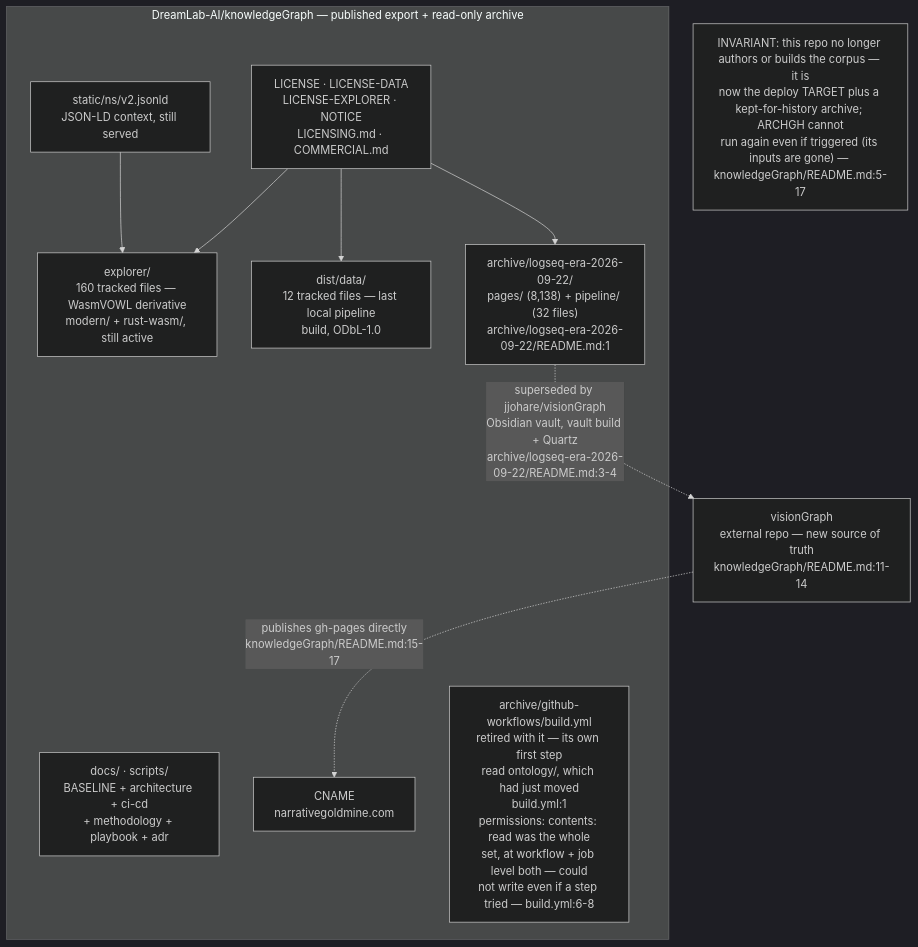
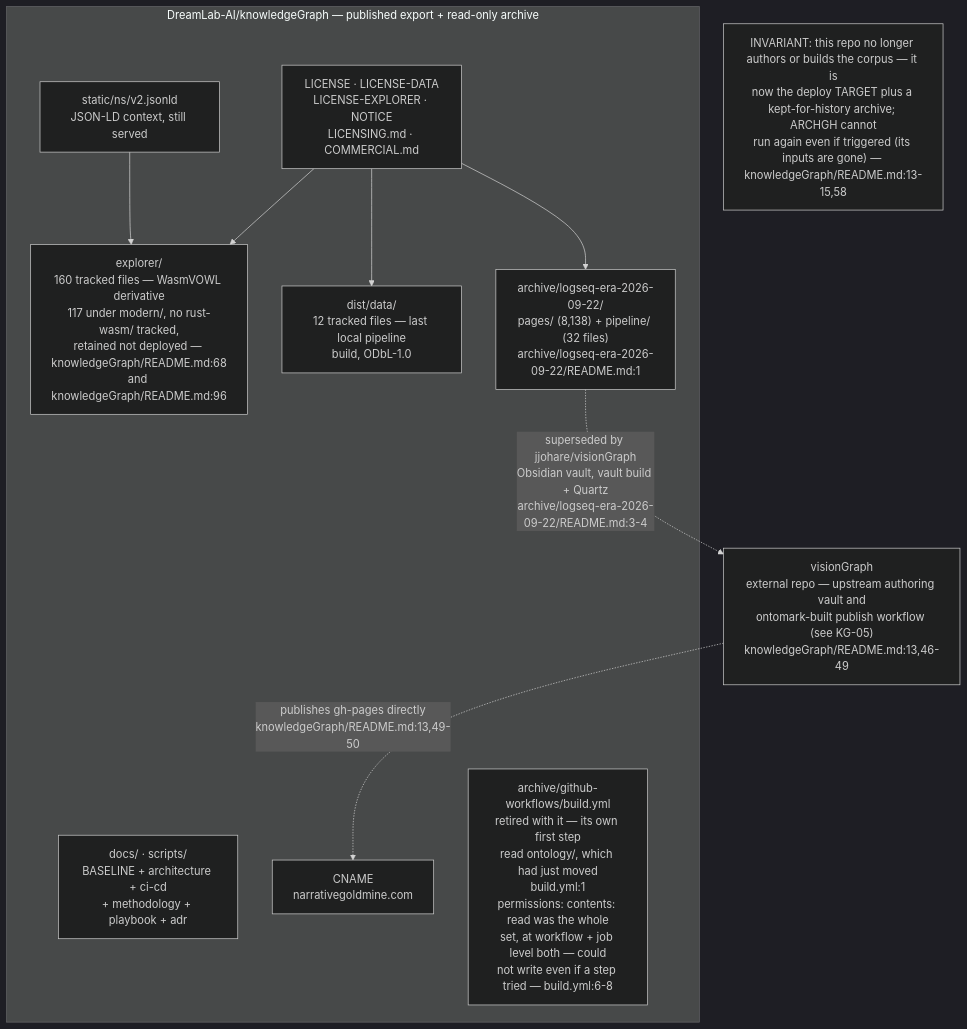
One commit to DreamLab-AI/VisionFlow changed the first of 2 diagrams in docs/diagrams/knowledgegraph/01-repo-composition-and-licensing.md. Above: the diagram before and after it, drawn with Mermaid (dark theme). The commit also changed other lines of this file and 160 other files, not shown here.

````diff
--- a/docs/diagrams/knowledgegraph/01-repo-composition-and-licensing.md
+++ b/docs/diagrams/knowledgegraph/01-repo-composition-and-licensing.md
@@ -22,20 +22,20 @@
 ```mermaid
 flowchart TB
     subgraph REPO["DreamLab-AI/knowledgeGraph — published export + read-only archive"]
-        EXP["explorer/<br/>160 tracked files — WasmVOWL derivative<br/>modern/ + rust-wasm/, still active"]
+        EXP["explorer/<br/>160 tracked files — WasmVOWL derivative<br/>117 under modern/, no rust-wasm/ tracked,<br/>retained not deployed — knowledgeGraph/README.md:68<br/>and knowledgeGraph/README.md:96"]
         STATIC["static/ns/v2.jsonld<br/>JSON-LD context, still served"]
         DIST["dist/data/<br/>12 tracked files — last local pipeline<br/>build, ODbL-1.0"]
         DOCSN["docs/ · scripts/<br/>BASELINE + architecture + ci-cd<br/>+ methodology + playbook + adr"]
         LIC["LICENSE · LICENSE-DATA<br/>LICENSE-EXPLORER · NOTICE<br/>LICENSING.md · COMMERCIAL.md"]
         CNAME["CNAME<br/>narrativegoldmine.com"]
         ARCHIVE["archive/logseq-era-2026-09-22/<br/>pages/ (8,138) + pipeline/ (32 files)<br/>archive/logseq-era-2026-09-22/README.md:1"]
         ARCHGH["archive/github-workflows/build.yml<br/>retired with it — its own first step<br/>read ontology/, which had just moved<br/>build.yml:1<br/>permissions: contents: read was the whole<br/>set, at workflow + job level both — could<br/>not write even if a step tried — build.yml:6-8"]
     end
-    ARCHIVE -.->|"superseded by jjohare/visionGraph<br/>Obsidian vault, vault build + Quartz<br/>archive/logseq-era-2026-09-22/README.md:3-4"| VG["visionGraph<br/>external repo — new source of truth<br/>knowledgeGraph/README.md:11-14"]
-    VG -.->|"publishes gh-pages directly<br/>knowledgeGraph/README.md:15-17"| CNAME
+    ARCHIVE -.->|"superseded by jjohare/visionGraph<br/>Obsidian vault, vault build + Quartz<br/>archive/logseq-era-2026-09-22/README.md:3-4"| VG["visionGraph<br/>external repo — upstream authoring vault and<br/>ontomark-built publish workflow (see KG-05)<br/>knowledgeGraph/README.md:13,46-49"]
+    VG -.->|"publishes gh-pages directly<br/>knowledgeGraph/README.md:13,49-50"| CNAME
     STATIC --> EXP
     LIC --> ARCHIVE
     LIC --> EXP
     LIC --> DIST
-    note1["INVARIANT: this repo no longer authors or builds the corpus — it is<br/>now the deploy TARGET plus a kept-for-history archive; ARCHGH cannot<br/>run again even if triggered (its inputs are gone) — knowledgeGraph/README.md:5-17"]
+    note1["INVARIANT: this repo no longer authors or builds the corpus — it is<br/>now the deploy TARGET plus a kept-for-history archive; ARCHGH cannot<br/>run again even if triggered (its inputs are gone) — knowledgeGraph/README.md:13-15,58"]
 ```
````
